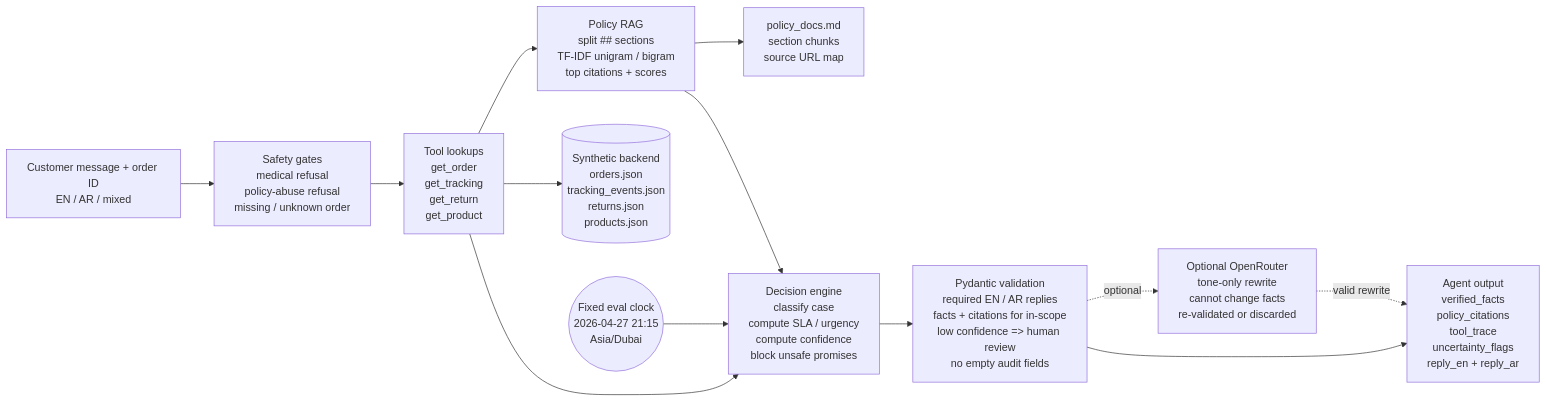
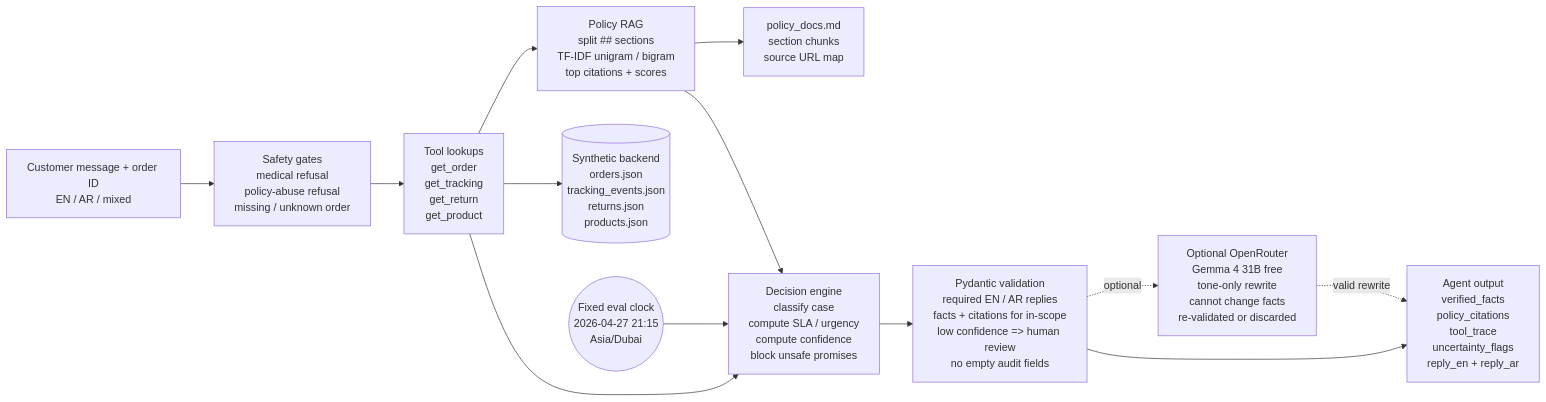
The diagram in ARCHITECTURE.md (moksha-hub/MumzCare-Promise-Rescue-Copilot), drawn with Mermaid before and after one commit. The commit also changed other lines of this file and 7 other files, not shown here.

Commit message:
Document classifier limits and update OpenRouter model

````diff
--- a/ARCHITECTURE.md
+++ b/ARCHITECTURE.md
@@ -22,25 +22,25 @@
 ```mermaid
 flowchart LR
     input["Customer message + order ID<br/>EN / AR / mixed"]
     safety["Safety gates<br/>medical refusal<br/>policy-abuse refusal<br/>missing / unknown order"]
     tools["Tool lookups<br/>get_order<br/>get_tracking<br/>get_return<br/>get_product"]
     data[("Synthetic backend<br/>orders.json<br/>tracking_events.json<br/>returns.json<br/>products.json")]
     rag["Policy RAG<br/>split ## sections<br/>TF-IDF unigram / bigram<br/>top citations + scores"]
     policy["policy_docs.md<br/>section chunks<br/>source URL map"]
     engine["Decision engine<br/>classify case<br/>compute SLA / urgency<br/>compute confidence<br/>block unsafe promises"]
     clock(("Fixed eval clock<br/>2026-04-27 21:15<br/>Asia/Dubai"))
     schema["Pydantic validation<br/>required EN / AR replies<br/>facts + citations for in-scope<br/>low confidence => human review<br/>no empty audit fields"]
-    llm["Optional OpenRouter<br/>tone-only rewrite<br/>cannot change facts<br/>re-validated or discarded"]
+    llm["Optional OpenRouter<br/>Gemma 4 31B free<br/>tone-only rewrite<br/>cannot change facts<br/>re-validated or discarded"]
     output["Agent output<br/>verified_facts<br/>policy_citations<br/>tool_trace<br/>uncertainty_flags<br/>reply_en + reply_ar"]
 
     input --> safety --> tools --> rag
     tools --> data
     rag --> policy
     tools --> engine
     rag --> engine
     clock --> engine
     engine --> schema
     schema -. optional .-> llm
     schema --> output
     llm -. valid rewrite .-> output
 ```
````
